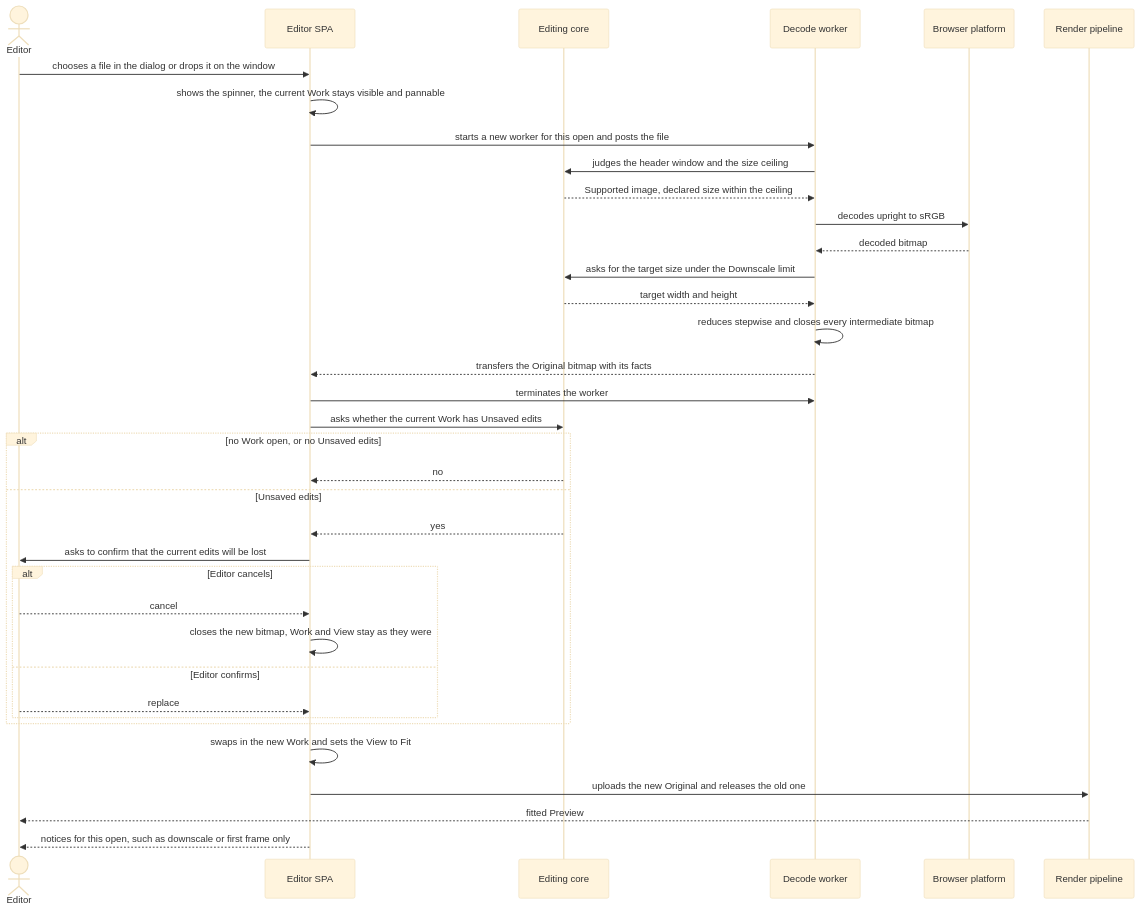
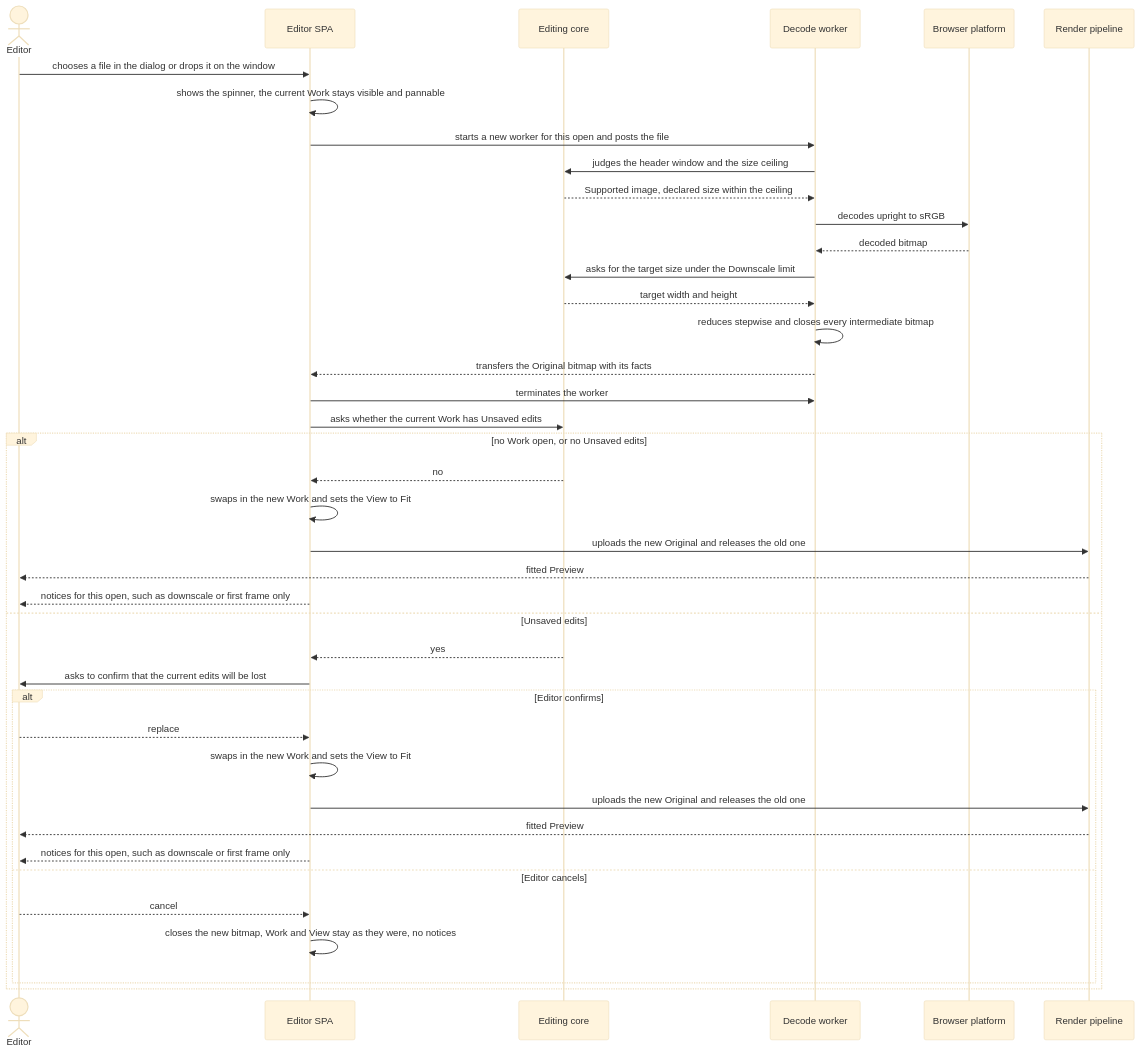
One commit to Blazheiko/imgly changed the third of 4 diagrams in docs/features/open-and-view/sad.md. Above: the diagram before and after it, drawn with Mermaid (base theme). The commit also changed other lines of this file and 1 other file, not shown here.

Commit message:
design: open-and-view finalization (critic pass)
Fix flow 1 cancel branch, add UNREADABLE code, restate worker memory peak,
record infra→core and CI overrides in §1, mark ADR-0003 option 3 as
constraint-excluded, remove template leftovers.

````diff
--- a/docs/features/open-and-view/sad.md
+++ b/docs/features/open-and-view/sad.md
@@ -193,39 +189,43 @@
 ```mermaid
 sequenceDiagram
     actor Editor
     participant SPA as Editor SPA
     participant Core as Editing core
     participant Worker as Decode worker
     participant Browser as Browser platform
     participant GPU as Render pipeline
 
     Editor->>SPA: chooses a file in the dialog or drops it on the window
     SPA->>SPA: shows the spinner, the current Work stays visible and pannable
     SPA->>Worker: starts a new worker for this open and posts the file
     Worker->>Core: judges the header window and the size ceiling
     Core-->>Worker: Supported image, declared size within the ceiling
     Worker->>Browser: decodes upright to sRGB
     Browser-->>Worker: decoded bitmap
     Worker->>Core: asks for the target size under the Downscale limit
     Core-->>Worker: target width and height
     Worker->>Worker: reduces stepwise and closes every intermediate bitmap
     Worker-->>SPA: transfers the Original bitmap with its facts
     SPA->>Worker: terminates the worker
     SPA->>Core: asks whether the current Work has Unsaved edits
     alt no Work open, or no Unsaved edits
         Core-->>SPA: no
+        SPA->>SPA: swaps in the new Work and sets the View to Fit
+        SPA->>GPU: uploads the new Original and releases the old one
+        GPU-->>Editor: fitted Preview
+        SPA-->>Editor: notices for this open, such as downscale or first frame only
     else Unsaved edits
         Core-->>SPA: yes
         SPA->>Editor: asks to confirm that the current edits will be lost
-        alt Editor cancels
+        alt Editor confirms
+            Editor-->>SPA: replace
+            SPA->>SPA: swaps in the new Work and sets the View to Fit
+            SPA->>GPU: uploads the new Original and releases the old one
+            GPU-->>Editor: fitted Preview
+            SPA-->>Editor: notices for this open, such as downscale or first frame only
+        else Editor cancels
             Editor-->>SPA: cancel
-            SPA->>SPA: closes the new bitmap, Work and View stay as they were
-        else Editor confirms
-            Editor-->>SPA: replace
+            SPA->>SPA: closes the new bitmap, Work and View stay as they were, no notices
         end
     end
-    SPA->>SPA: swaps in the new Work and sets the View to Fit
-    SPA->>GPU: uploads the new Original and releases the old one
-    GPU-->>Editor: fitted Preview
-    SPA-->>Editor: notices for this open, such as downscale or first frame only
 ```
````
